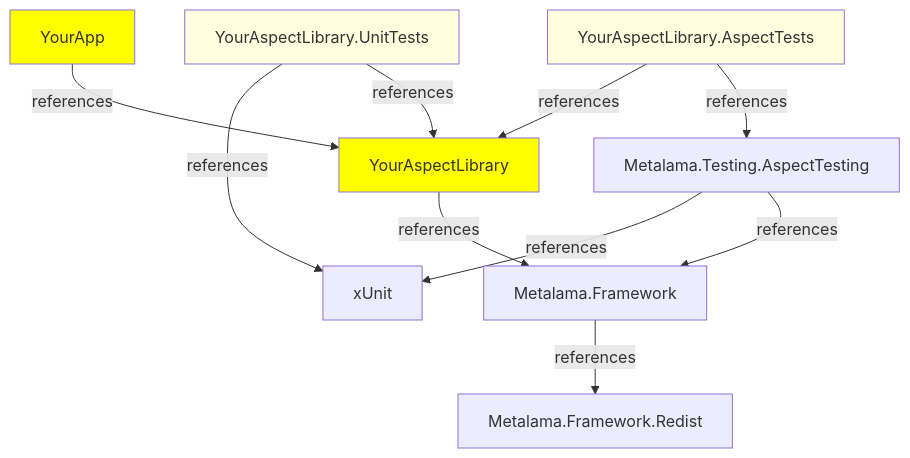
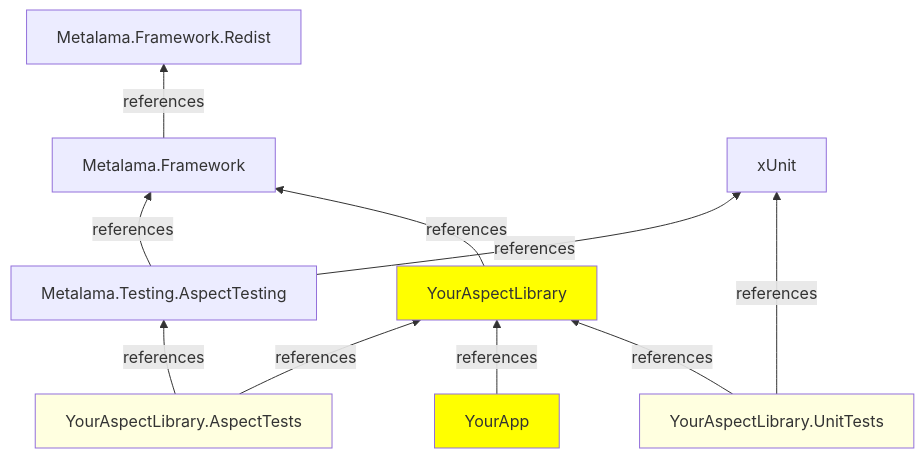
Before and after one commit to postsharp/Metalama.Documentation: the first of 2 diagrams in conceptual/Aspects/Testing/aspect-testing.md, drawn with Mermaid. The commit also changed other lines of this file and 3 other files, not shown here.

Commit message:
Improved conceptual diagrams

````diff
--- a/conceptual/Aspects/Testing/aspect-testing.md
+++ b/conceptual/Aspects/Testing/aspect-testing.md
@@ -57,20 +57,20 @@
 ```mermaid
-graph TD
-    YourApp -- references --> YourAspectLibrary
+graph BT
     YourAspectLibrary -- references --> Metalama.Framework
     YourAspectLibrary.UnitTests -- references --> xUnit
     YourAspectLibrary.UnitTests -- references --> YourAspectLibrary
+    YourApp -- references --> YourAspectLibrary
     YourAspectLibrary.AspectTests -- references --> YourAspectLibrary
     YourAspectLibrary.AspectTests -- references --> Metalama.Testing.AspectTesting
     Metalama.Framework -- references --> Metalama.Framework.Redist
     Metalama.Testing.AspectTesting -- references --> xUnit
     Metalama.Testing.AspectTesting -- references --> Metalama.Framework
     
     classDef your fill:yellow;
     classDef yourTest fill:lightyellow;
     class YourApp your;
     class YourAspectLibrary your;
     class YourAspectLibrary.UnitTests yourTest;
     class YourAspectLibrary.AspectTests yourTest;
 
 ```
````
